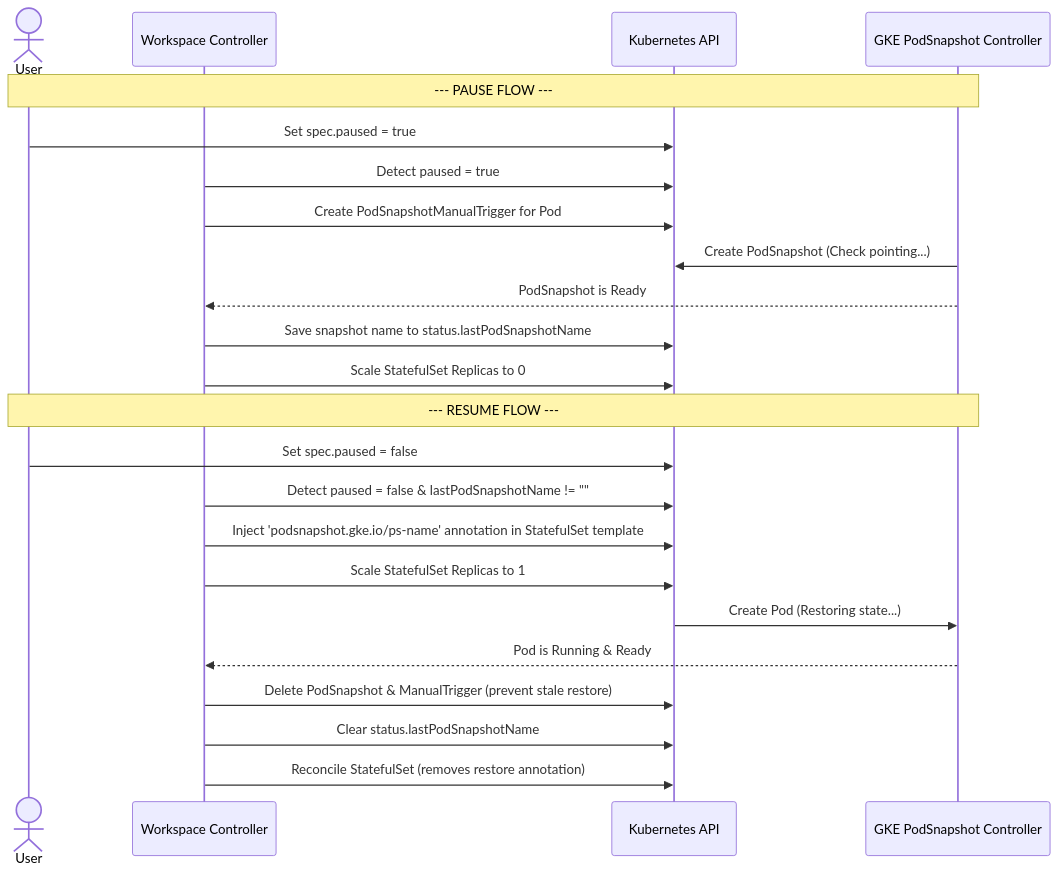
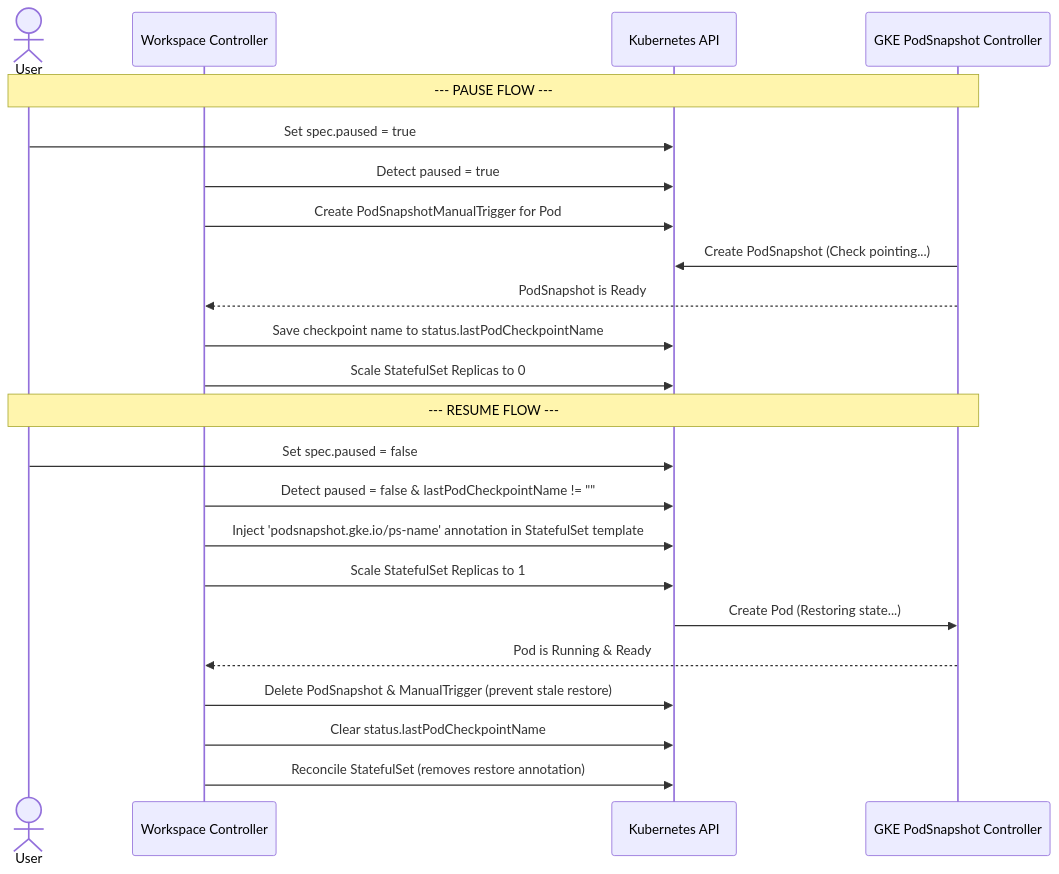
The diagram in gke/pod_snapshot_design.md (siyuanfoundation/kubeflow-notebooks), drawn with Mermaid before and after one commit. The commit also changed other lines of this file and 11 other files, not shown here.

Commit message:
rename snapshot to checkpoint in CRD

````diff
--- a/gke/pod_snapshot_design.md
+++ b/gke/pod_snapshot_design.md
@@ -30,27 +30,27 @@
 ```mermaid
 sequenceDiagram
     actor User
     participant Controller as Workspace Controller
     participant K8s as Kubernetes API
     participant GKE as GKE PodSnapshot Controller
 
     Note over User, GKE: --- PAUSE FLOW ---
     User->>K8s: Set spec.paused = true
     Controller->>K8s: Detect paused = true
     Controller->>K8s: Create PodSnapshotManualTrigger for Pod
     GKE->>K8s: Create PodSnapshot (Check pointing...)
     GKE-->>Controller: PodSnapshot is Ready
-    Controller->>K8s: Save snapshot name to status.lastPodSnapshotName
+    Controller->>K8s: Save checkpoint name to status.lastPodCheckpointName
     Controller->>K8s: Scale StatefulSet Replicas to 0
 
     Note over User, GKE: --- RESUME FLOW ---
     User->>K8s: Set spec.paused = false
-    Controller->>K8s: Detect paused = false & lastPodSnapshotName != ""
+    Controller->>K8s: Detect paused = false & lastPodCheckpointName != ""
     Controller->>K8s: Inject 'podsnapshot.gke.io/ps-name' annotation in StatefulSet template
     Controller->>K8s: Scale StatefulSet Replicas to 1
     K8s->>GKE: Create Pod (Restoring state...)
     GKE-->>Controller: Pod is Running & Ready
     Controller->>K8s: Delete PodSnapshot & ManualTrigger (prevent stale restore)
-    Controller->>K8s: Clear status.lastPodSnapshotName
+    Controller->>K8s: Clear status.lastPodCheckpointName
     Controller->>K8s: Reconcile StatefulSet (removes restore annotation)
 ```
````
